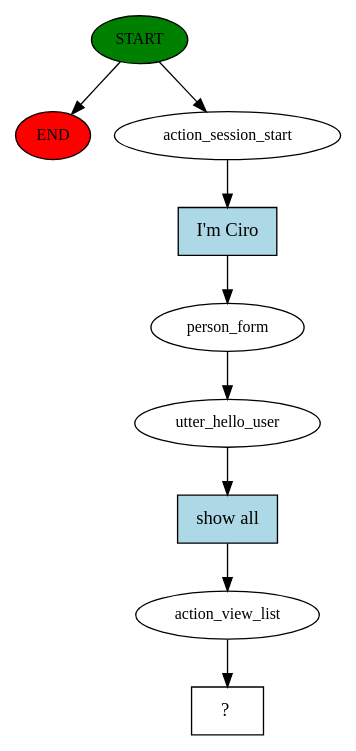
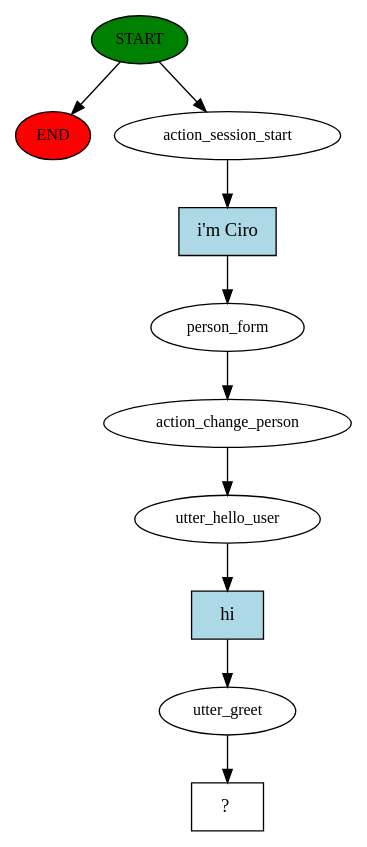
The diagram in chatbot/story_graph.dot (scov8/TO-DO_List), drawn with Graphviz before and after one commit. The commit also changed 4 other files, not shown here.

```diff
--- a/chatbot/story_graph.dot
+++ b/chatbot/story_graph.dot
@@ -1,19 +1,21 @@
 digraph  {
 0 [class="start active", fillcolor=green, fontsize=12, label=START, style=filled];
 "-1" [class=end, fillcolor=red, fontsize=12, label=END, style=filled];
 1 [class=active, fontsize=12, label=action_session_start];
 2 [class=active, fontsize=12, label=person_form];
-3 [class=active, fontsize=12, label=utter_hello_user];
-4 [class=active, fontsize=12, label=action_view_list];
-5 [class="intent dashed active", label="  ?  ", shape=rect];
-6 [class="intent active", fillcolor=lightblue, label="I'm Ciro", shape=rect, style=filled];
-7 [class="intent active", fillcolor=lightblue, label="show all", shape=rect, style=filled];
+3 [class=active, fontsize=12, label=action_change_person];
+4 [class=active, fontsize=12, label=utter_hello_user];
+5 [class=active, fontsize=12, label=utter_greet];
+6 [class="intent dashed active", label="  ?  ", shape=rect];
+7 [class="intent active", fillcolor=lightblue, label="i'm Ciro", shape=rect, style=filled];
+8 [class="intent active", fillcolor=lightblue, label=hi, shape=rect, style=filled];
 0 -> "-1"  [class="", key=NONE, label=""];
 0 -> 1  [class=active, key=NONE, label=""];
-1 -> 6  [class=active, key=0];
+1 -> 7  [class=active, key=0];
 2 -> 3  [class=active, key=NONE, label=""];
-3 -> 7  [class=active, key=0];
-4 -> 5  [class=active, key=NONE, label=""];
-6 -> 2  [class=active, key=0];
-7 -> 4  [class=active, key=0];
+3 -> 4  [class=active, key=NONE, label=""];
+4 -> 8  [class=active, key=0];
+5 -> 6  [class=active, key=NONE, label=""];
+7 -> 2  [class=active, key=0];
+8 -> 5  [class=active, key=0];
 }
```
